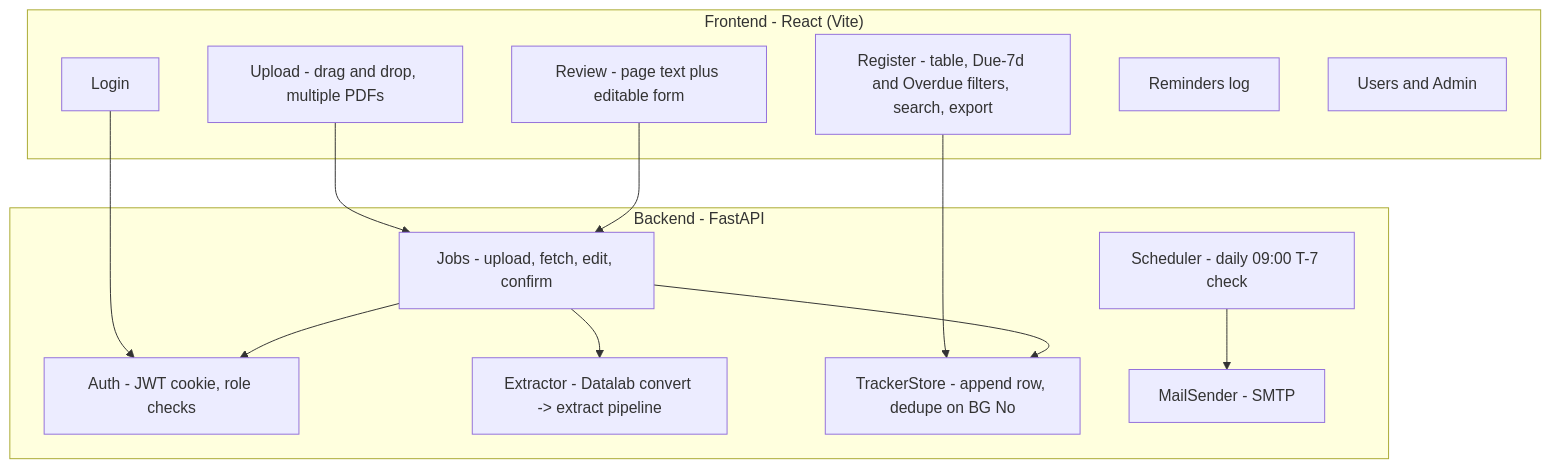
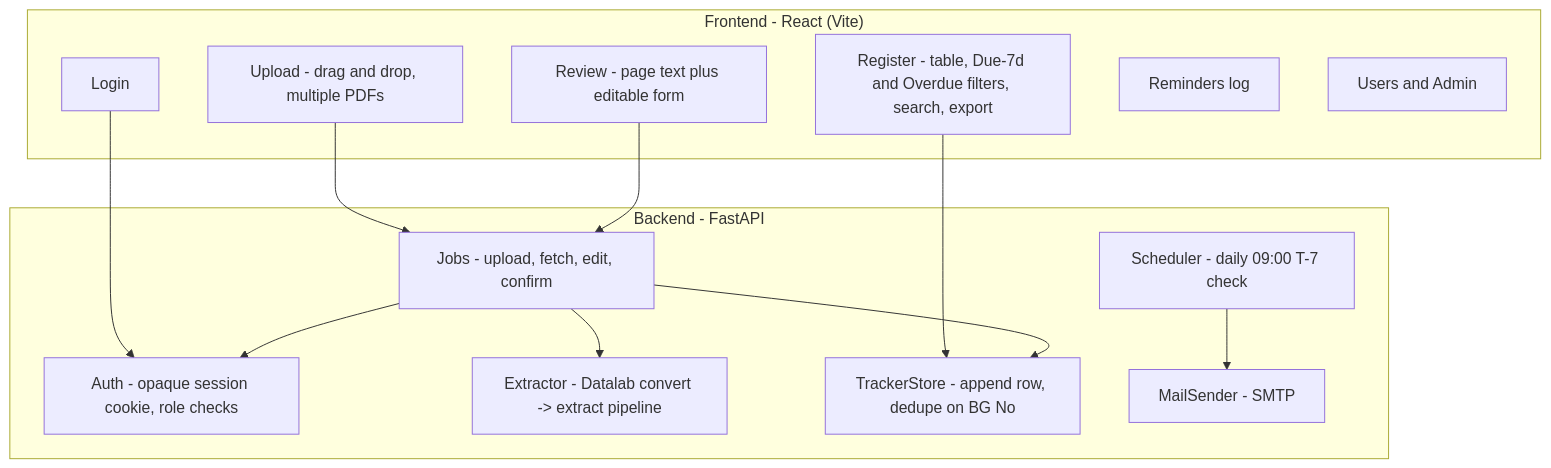
The second of 3 diagrams in plan/01-architecture.md (LaxmiKhilnani-nhit/Bank-Guarantee-Automation), drawn with Mermaid before and after one commit. The commit also changed other lines of this file and 20 other files, not shown here.

````diff
--- a/plan/01-architecture.md
+++ b/plan/01-architecture.md
@@ -52,27 +52,27 @@
 ```mermaid
 flowchart TB
   subgraph UI["Frontend - React (Vite)"]
     Login["Login"]
     Upload["Upload - drag and drop, multiple PDFs"]
     Review["Review - page text plus editable form"]
     Register["Register - table, Due-7d and Overdue filters, search, export"]
     RemLog["Reminders log"]
     Users["Users and Admin"]
   end
   subgraph SVC["Backend - FastAPI"]
-    AuthN["Auth - JWT cookie, role checks"]
+    AuthN["Auth - opaque session cookie, role checks"]
     Jobs["Jobs - upload, fetch, edit, confirm"]
     Extract["Extractor - Datalab convert -> extract pipeline"]
     Track["TrackerStore - append row, dedupe on BG No"]
     Mail["MailSender - SMTP"]
     Sched["Scheduler - daily 09:00 T-7 check"]
   end
   Login --> AuthN
   Upload --> Jobs
   Review --> Jobs
   Register --> Track
   Jobs --> Extract
   Jobs --> Track
   Sched --> Mail
   Jobs --> AuthN
 ```
````
